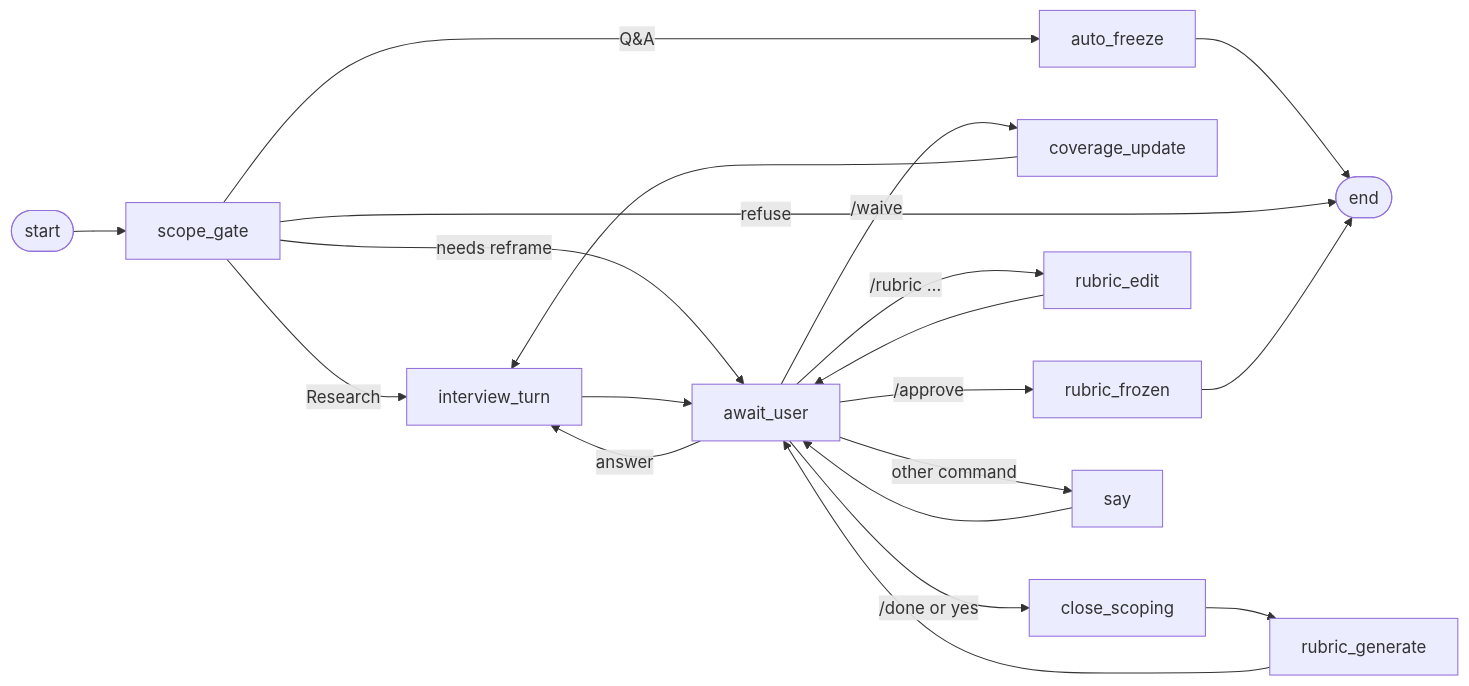
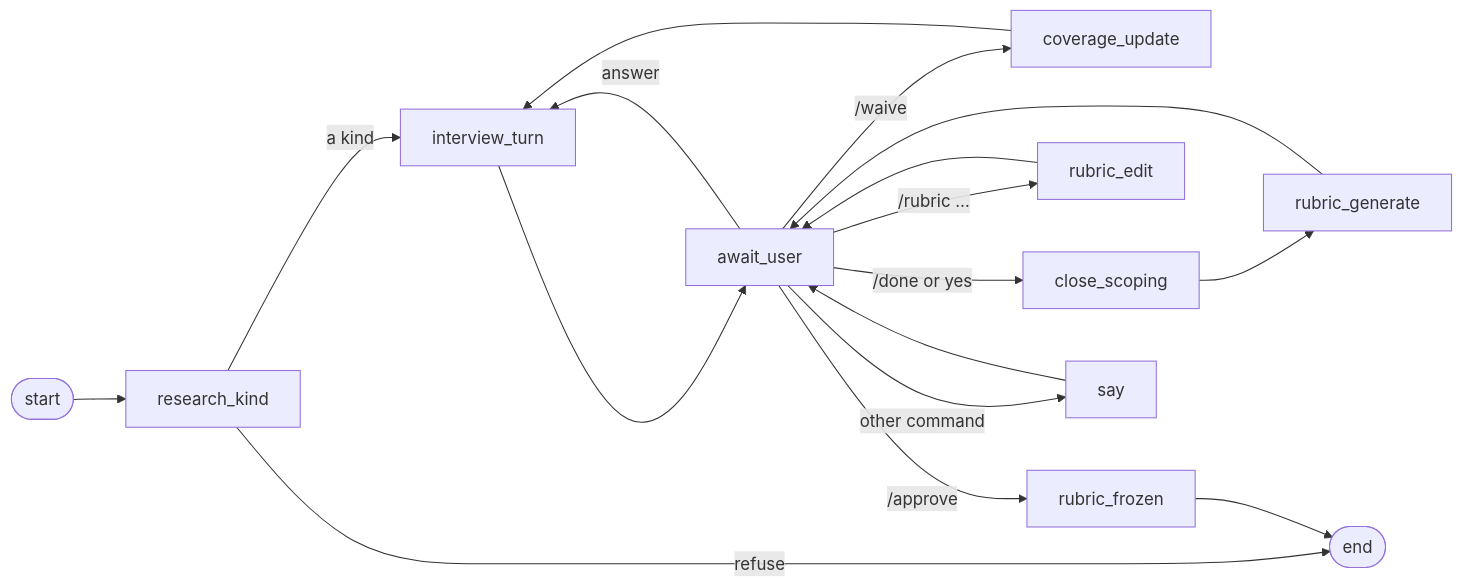
Before and after one commit to RoboSathi/agentic-ai-series: the second of 5 diagrams in src/research_agent/design_docs/architecture.md, drawn with Mermaid. The commit also changed other lines of this file and 171 other files, not shown here.

````diff
--- a/src/research_agent/design_docs/architecture.md
+++ b/src/research_agent/design_docs/architecture.md
@@ -40,16 +40,14 @@
 ```mermaid
 flowchart LR
-    START([start]) --> scope_gate
-    scope_gate -->|Q&A| auto_freeze --> END
-    scope_gate -->|Research| interview_turn
-    scope_gate -->|needs reframe| await_user
-    scope_gate -->|refuse| END([end])
+    START([start]) --> research_kind
+    research_kind -->|a kind| interview_turn
+    research_kind -->|refuse| END([end])
     interview_turn --> await_user
     await_user -->|answer| interview_turn
     await_user -->|/waive| coverage_update --> interview_turn
     await_user -->|/done or yes| close_scoping
     close_scoping --> rubric_generate --> await_user
     await_user -->|/rubric …| rubric_edit --> await_user
     await_user -->|/approve| rubric_frozen --> END
     await_user -->|other command| say --> await_user
 ```
````
